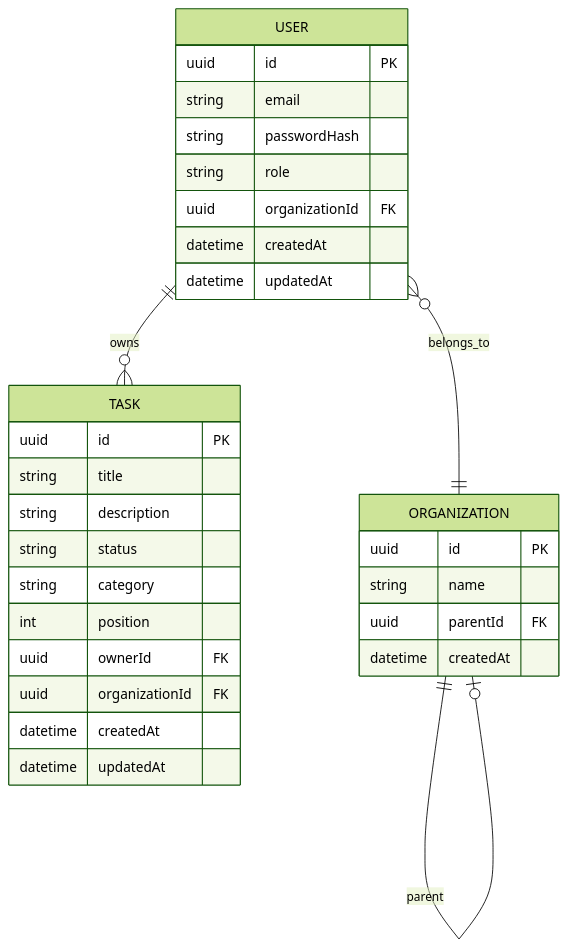
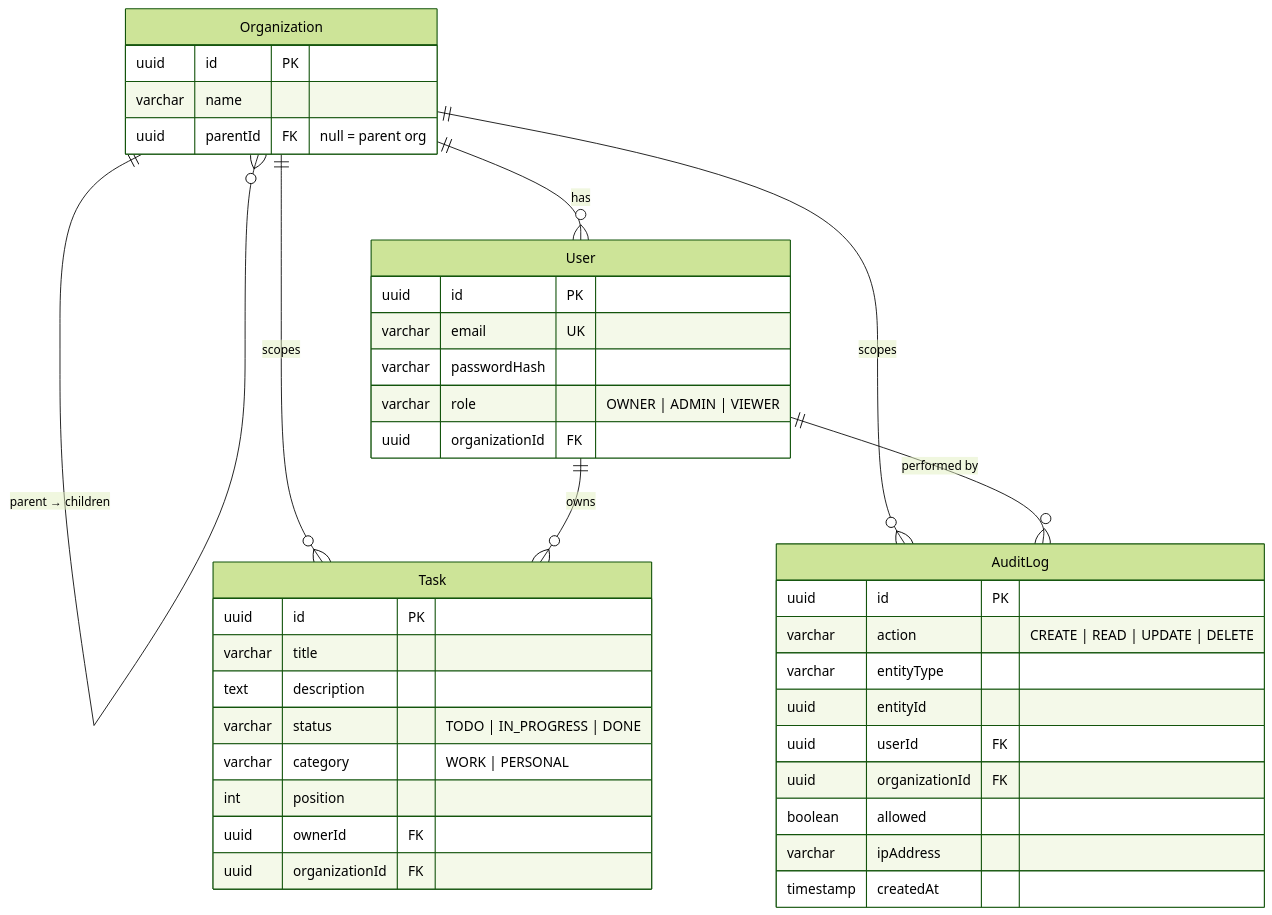
One commit to Venugopal1999/vkatragadda-97a24a4e-b65e-4572-a8ca-e3eebca82361 changed the diagram in README.md. Above: the diagram before and after it, drawn with Mermaid (forest theme). The commit also changed other lines of this file, not shown here.

````diff
--- a/README.md
+++ b/README.md
@@ -80,36 +88,46 @@
 ```mermaid
 erDiagram
-    USER ||--o{ TASK : owns
-    USER }o--|| ORGANIZATION : belongs_to
-    ORGANIZATION ||--o| ORGANIZATION : parent
+    Organization ||--o{ Organization : "parent → children"
+    Organization ||--o{ User : "has"
+    Organization ||--o{ Task : "scopes"
+    Organization ||--o{ AuditLog : "scopes"
+    User ||--o{ Task : "owns"
+    User ||--o{ AuditLog : "performed by"
 
-    USER {
+    Organization {
         uuid id PK
-        string email
-        string passwordHash
-        string role
-        uuid organizationId FK
-        datetime createdAt
-        datetime updatedAt
+        varchar name
+        uuid parentId FK "null = parent org"
     }
 
-    ORGANIZATION {
+    User {
         uuid id PK
-        string name
-        uuid parentId FK
-        datetime createdAt
+        varchar email UK
+        varchar passwordHash
+        varchar role "OWNER | ADMIN | VIEWER"
+        uuid organizationId FK
     }
 
-    TASK {
+    Task {
         uuid id PK
-        string title
-        string description
-        string status
-        string category
+        varchar title
+        text description
+        varchar status "TODO | IN_PROGRESS | DONE"
+        varchar category "WORK | PERSONAL"
         int position
         uuid ownerId FK
         uuid organizationId FK
-        datetime createdAt
-        datetime updatedAt
+    }
+
+    AuditLog {
+        uuid id PK
+        varchar action "CREATE | READ | UPDATE | DELETE"
+        varchar entityType
+        uuid entityId
+        uuid userId FK
+        uuid organizationId FK
+        boolean allowed
+        varchar ipAddress
+        timestamp createdAt
     }
 ```
````
